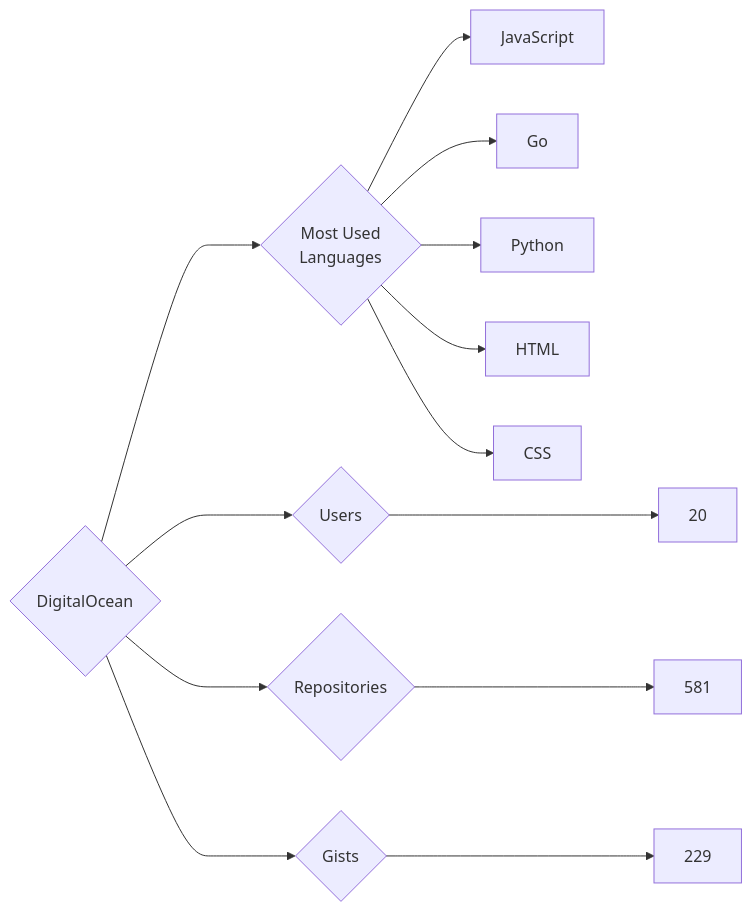
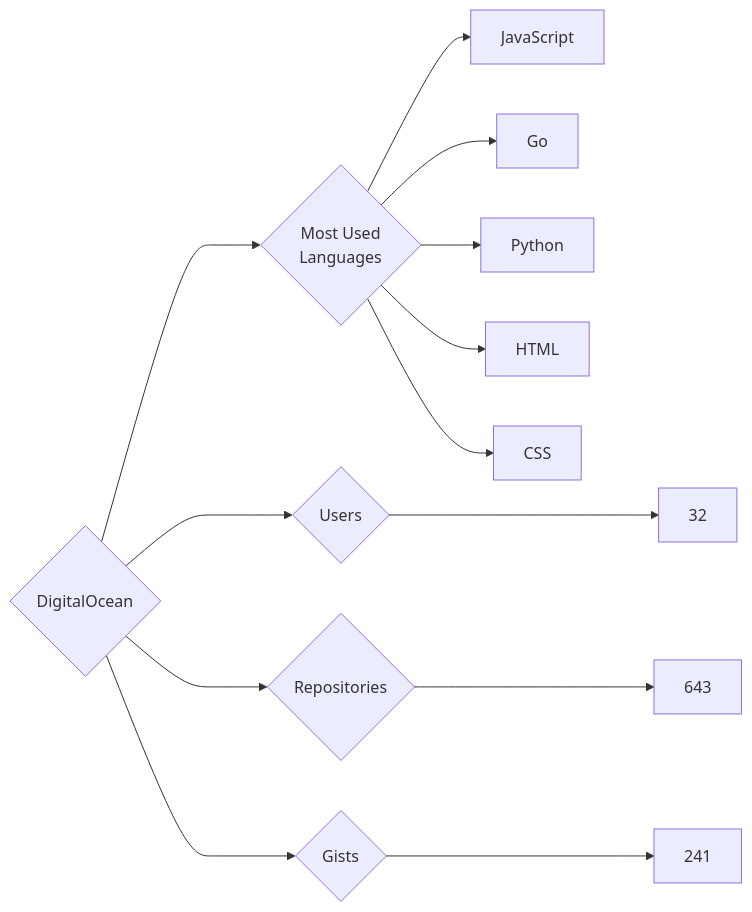
One commit to trickest/insiders changed the diagram in targets/DigitalOcean/README.md. Above: the diagram before and after it, drawn with Mermaid. The commit also changed 935 other files, not shown here.

````diff
--- a/targets/DigitalOcean/README.md
+++ b/targets/DigitalOcean/README.md
@@ -3,13 +3,13 @@
 ```mermaid
 graph LR
 COMPANY_NAME{DigitalOcean}
-COMPANY_NAME ---> U{Users} ---> UN[20]
-COMPANY_NAME ---> R{Repositories} ---> RN[581]
-COMPANY_NAME ---> G{Gists} ---> GN[229]
+COMPANY_NAME ---> U{Users} ---> UN[32]
+COMPANY_NAME ---> R{Repositories} ---> RN[643]
+COMPANY_NAME ---> G{Gists} ---> GN[241]
 COMPANY_NAME ---> ML{Most Used<br>Languages}
 ML --> JavaScript[JavaScript]
 ML --> Go[Go]
 ML --> Python[Python]
 ML --> HTML[HTML]
 ML --> CSS[CSS]
 ```
````
